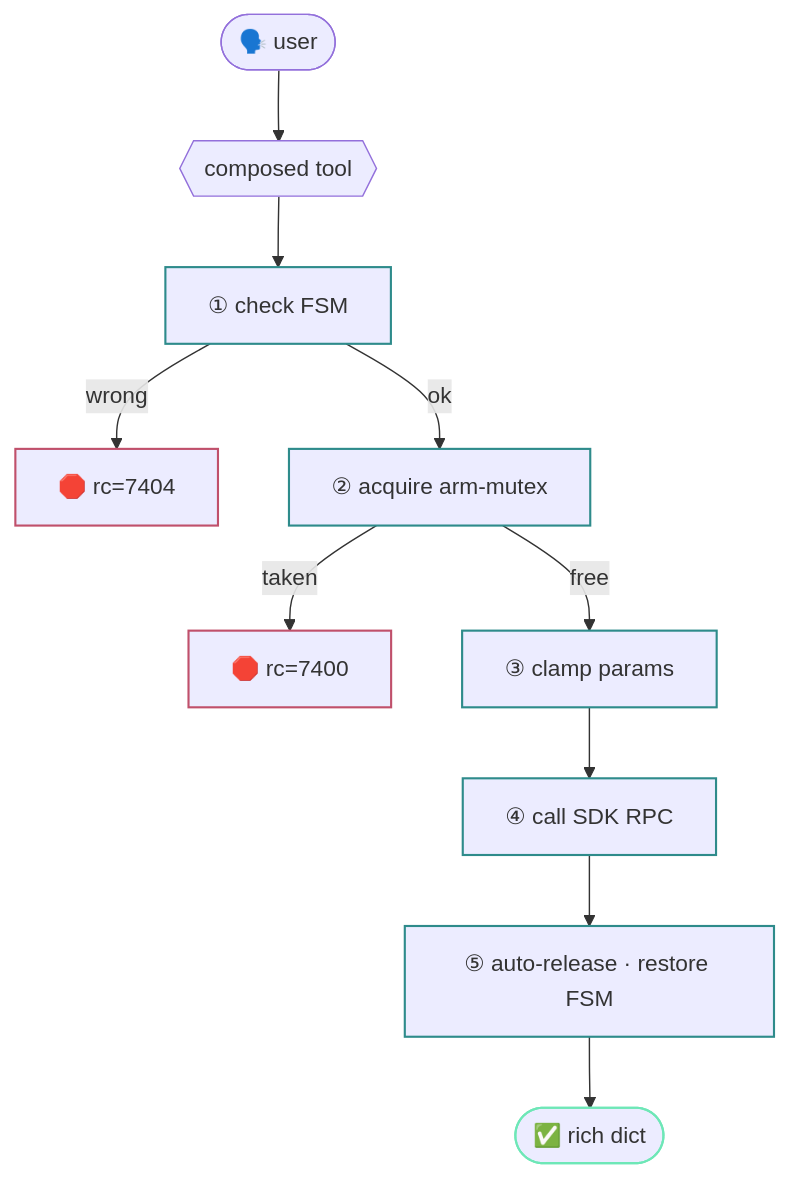
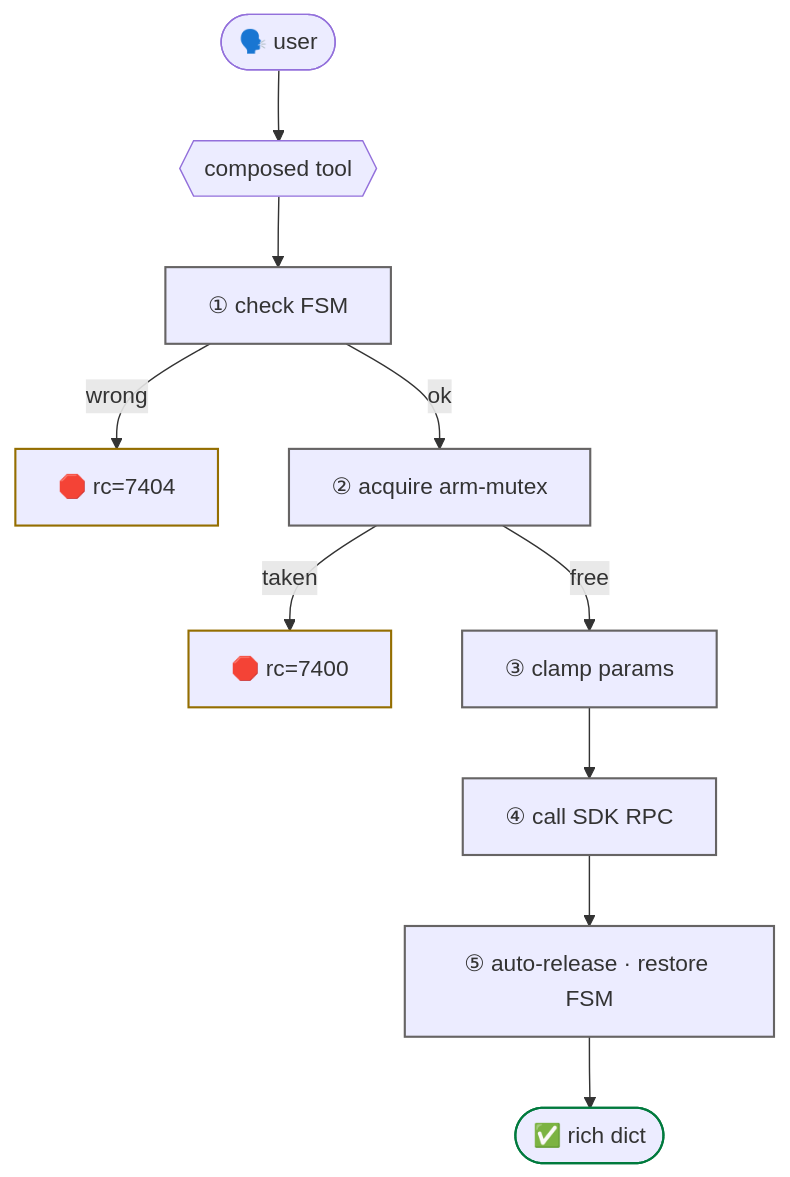
One commit to cagataycali/neon-the-g1 changed the diagram in docs/tools/composed.md. Above: the diagram before and after it, drawn with Mermaid. The commit also changed 10 other files, not shown here.

Commit message:
mermaid: Material renders the fences itself; --md-mermaid-* tokens put diagrams in ink on the page surface, classDef strokes in the palette (green / grey / amber), neon's own mermaid@10 renderer and both init scripts removed

````diff
--- a/docs/tools/composed.md
+++ b/docs/tools/composed.md
@@ -24,18 +24,18 @@
 ```mermaid
 flowchart TD
   U(["🗣️ user"]) --> A{{"composed tool"}}
   A --> B["① check FSM"]
   B -->|"wrong"| X["🛑 rc=7404"]
   B -->|"ok"| C["② acquire arm-mutex"]
   C -->|"taken"| Y["🛑 rc=7400"]
   C -->|"free"| D["③ clamp params"]
   D --> E["④ call SDK RPC"]
   E --> F["⑤ auto-release · restore FSM"]
   F --> G(["✅ rich dict"])
-  classDef step stroke:#2e8b8b,stroke-width:1.5px
-  classDef refuse stroke:#c0506b,stroke-width:1.5px
-  classDef ok stroke:#6ee7b7,stroke-width:1.5px
+  classDef step stroke:#666464,stroke-width:1.5px
+  classDef refuse stroke:#946e00,stroke-width:1.5px
+  classDef ok stroke:#007a3d,stroke-width:1.5px
   class B,C,D,E,F step
   class X,Y refuse
   class G ok
 ```
````
